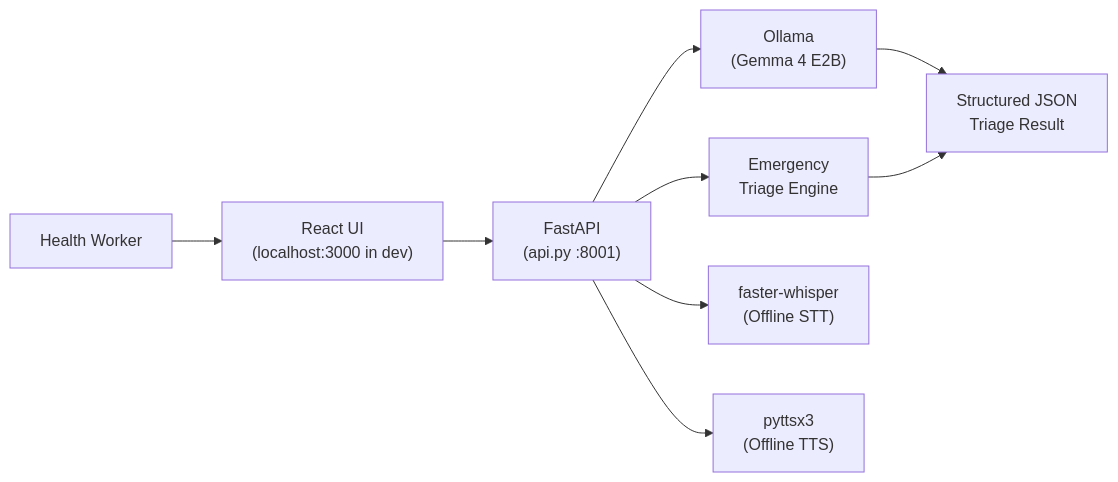
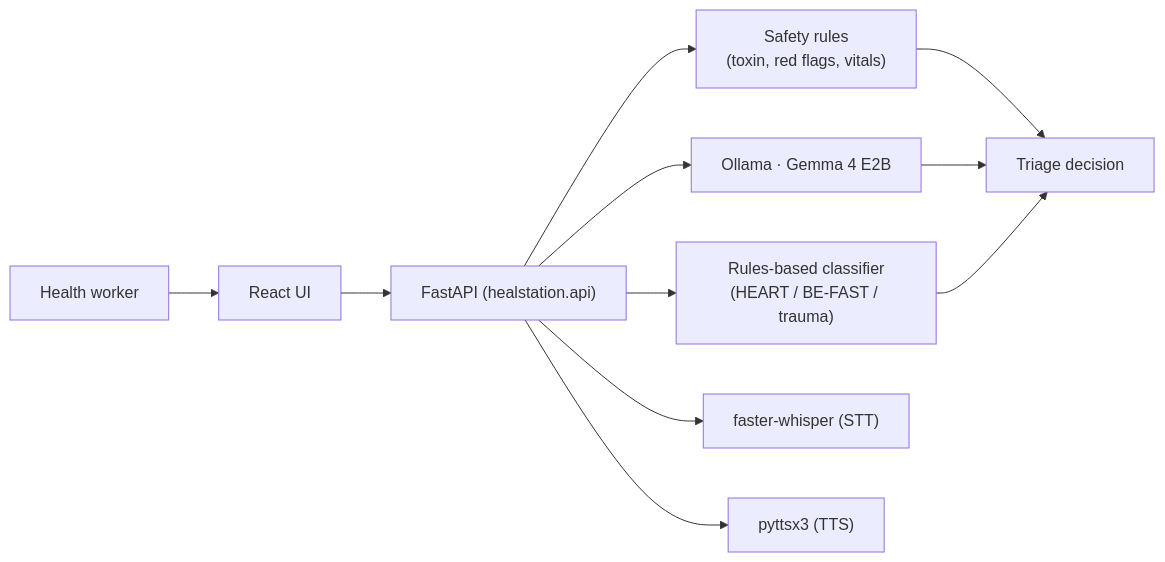
The diagram in README.md (aj4344/gemma-guardians-HealstationAI), drawn with Mermaid before and after one commit. The commit also changed other lines of this file and 39 other files, not shown here.

````diff
--- a/README.md
+++ b/README.md
@@ -46,11 +51,13 @@
 ```mermaid
 flowchart LR
-    User["Health Worker"] --> React["React UI\n(localhost:3000 in dev)"]
-    React --> FastAPI["FastAPI\n(api.py :8001)"]
-    FastAPI --> Gemma["Ollama\n(Gemma 4 E2B)"]
-    FastAPI --> Triage["Emergency\nTriage Engine"]
-    FastAPI --> STT["faster-whisper\n(Offline STT)"]
-    FastAPI --> TTS["pyttsx3\n(Offline TTS)"]
-    Gemma --> Output["Structured JSON\nTriage Result"]
-    Triage --> Output
+    Worker["Health worker"] --> UI["React UI"]
+    UI --> API["FastAPI (healstation.api)"]
+    API --> Rules["Safety rules\n(toxin, red flags, vitals)"]
+    API --> Gemma["Ollama · Gemma 4 E2B"]
+    API --> Fallback["Rules-based classifier\n(HEART / BE-FAST / trauma)"]
+    API --> STT["faster-whisper (STT)"]
+    API --> TTS["pyttsx3 (TTS)"]
+    Rules --> Result["Triage decision"]
+    Gemma --> Result
+    Fallback --> Result
 ```
````
